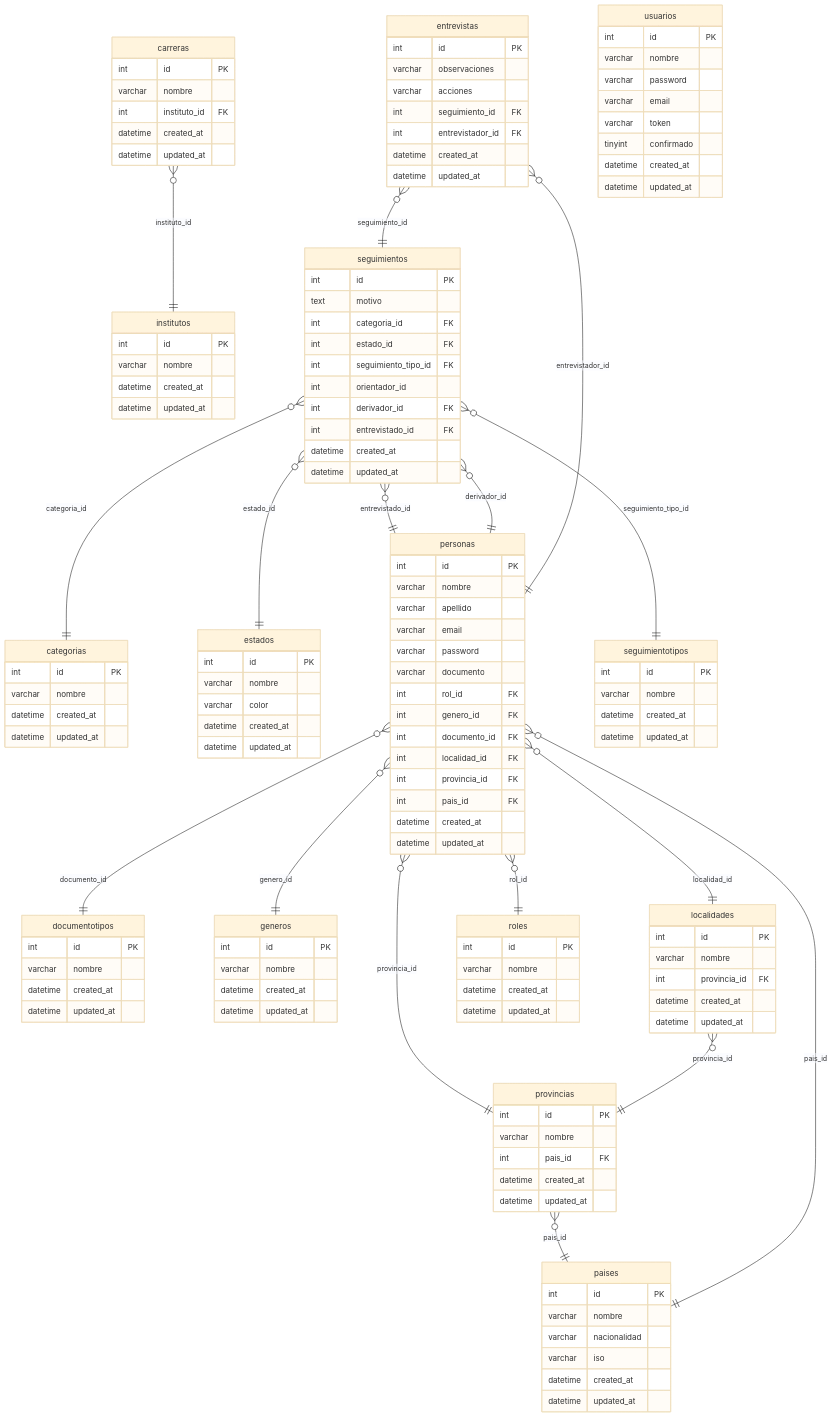
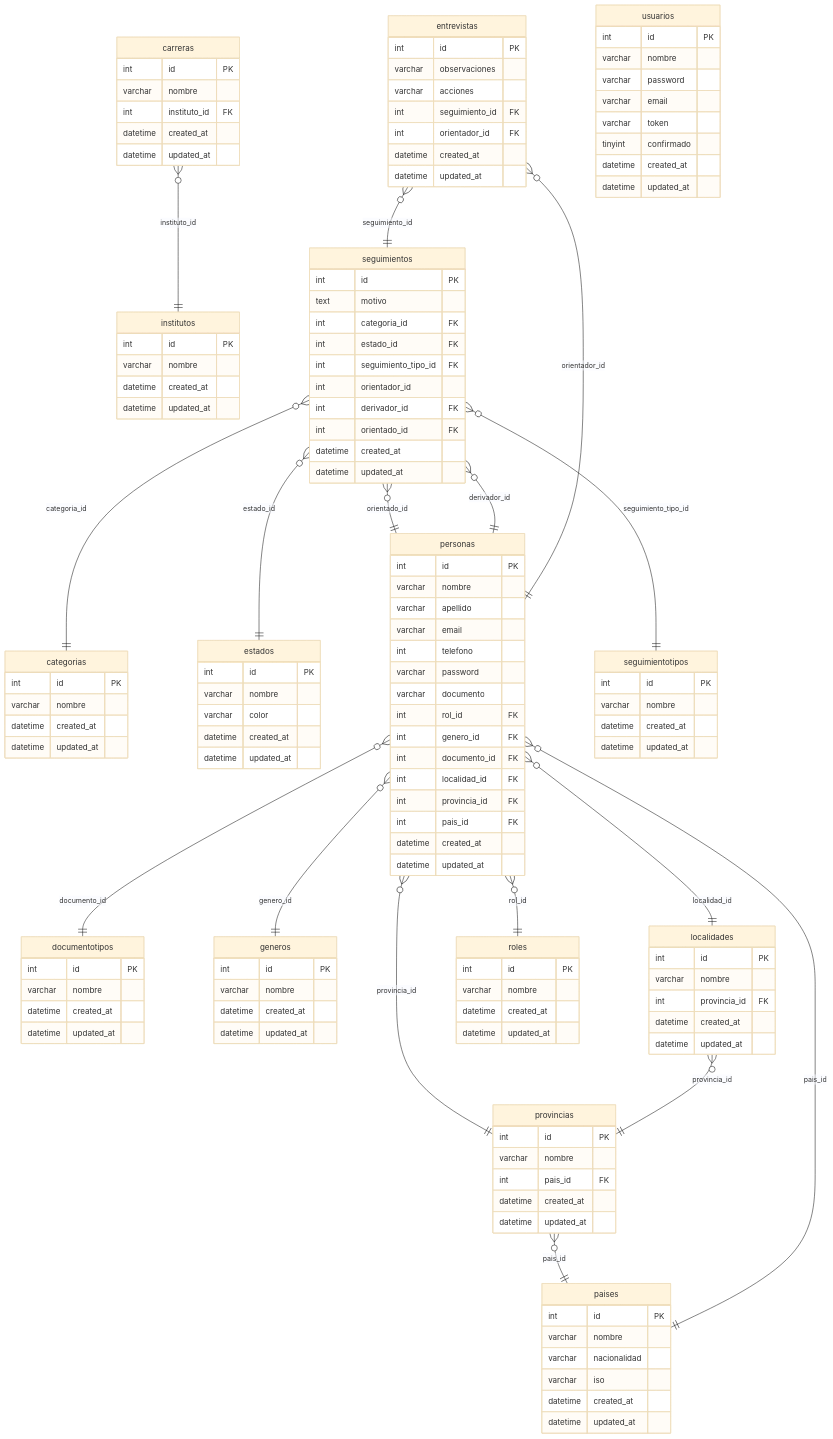
One commit to nicolasdelafuente/depacomp-api changed the diagram in src/app/database/depacomp.mmd. Above: the diagram before and after it, drawn with Mermaid (base theme). The commit also changed 22 other files, not shown here.

Commit message:
Cambio nomencalatura a orientador,agrego telefono

```diff
--- a/src/app/database/depacomp.mmd
+++ b/src/app/database/depacomp.mmd
@@ -1,151 +1,152 @@
 erDiagram
     carreras {
         int id PK
         varchar nombre 
         int instituto_id FK
         datetime created_at 
         datetime updated_at 
     }
 
     categorias {
         int id PK
         varchar nombre 
         datetime created_at 
         datetime updated_at 
     }
 
     documentotipos {
         int id PK
         varchar nombre 
         datetime created_at 
         datetime updated_at 
     }
 
     entrevistas {
         int id PK
         varchar observaciones 
         varchar acciones 
         int seguimiento_id FK
-        int entrevistador_id FK
+        int orientador_id FK
         datetime created_at 
         datetime updated_at 
     }
 
     estados {
         int id PK
         varchar nombre 
         varchar color 
         datetime created_at 
         datetime updated_at 
     }
 
     generos {
         int id PK
         varchar nombre 
         datetime created_at 
         datetime updated_at 
     }
 
     institutos {
         int id PK
         varchar nombre 
         datetime created_at 
         datetime updated_at 
     }
 
     localidades {
         int id PK
         varchar nombre 
         int provincia_id FK
         datetime created_at 
         datetime updated_at 
     }
 
     paises {
         int id PK
         varchar nombre 
         varchar nacionalidad 
         varchar iso 
         datetime created_at 
         datetime updated_at 
     }
 
     personas {
         int id PK
         varchar nombre 
         varchar apellido 
         varchar email 
+        int telefono
         varchar password 
         varchar documento 
         int rol_id FK
         int genero_id FK
         int documento_id FK
         int localidad_id FK
         int provincia_id FK
         int pais_id FK
         datetime created_at 
         datetime updated_at 
     }
 
     provincias {
         int id PK
         varchar nombre 
         int pais_id FK
         datetime created_at 
         datetime updated_at 
     }
 
     roles {
         int id PK
         varchar nombre 
         datetime created_at 
         datetime updated_at 
     }
 
     seguimientos {
         int id PK
         text motivo 
         int categoria_id FK
         int estado_id FK
         int seguimiento_tipo_id FK
         int orientador_id 
         int derivador_id FK
-        int entrevistado_id FK
+        int orientado_id FK
         datetime created_at 
         datetime updated_at 
     }
 
     seguimientotipos {
         int id PK
         varchar nombre 
         datetime created_at 
         datetime updated_at 
     }
 
     usuarios {
         int id PK
         varchar nombre 
         varchar password 
         varchar email 
         varchar token 
         tinyint confirmado 
         datetime created_at 
         datetime updated_at 
     }
 
     carreras }o--|| institutos : "instituto_id"
     seguimientos }o--|| categorias : "categoria_id"
     personas }o--|| documentotipos : "documento_id"
     entrevistas }o--|| seguimientos : "seguimiento_id"
-    entrevistas }o--|| personas : "entrevistador_id"
+    entrevistas }o--|| personas : "orientador_id"
     seguimientos }o--|| estados : "estado_id"
     personas }o--|| generos : "genero_id"
     localidades }o--|| provincias : "provincia_id"
     personas }o--|| localidades : "localidad_id"
     personas }o--|| paises : "pais_id"
     provincias }o--|| paises : "pais_id"
     personas }o--|| roles : "rol_id"
     personas }o--|| provincias : "provincia_id"
     seguimientos }o--|| personas : "derivador_id"
-    seguimientos }o--|| personas : "entrevistado_id"
+    seguimientos }o--|| personas : "orientado_id"
     seguimientos }o--|| seguimientotipos : "seguimiento_tipo_id"
```
